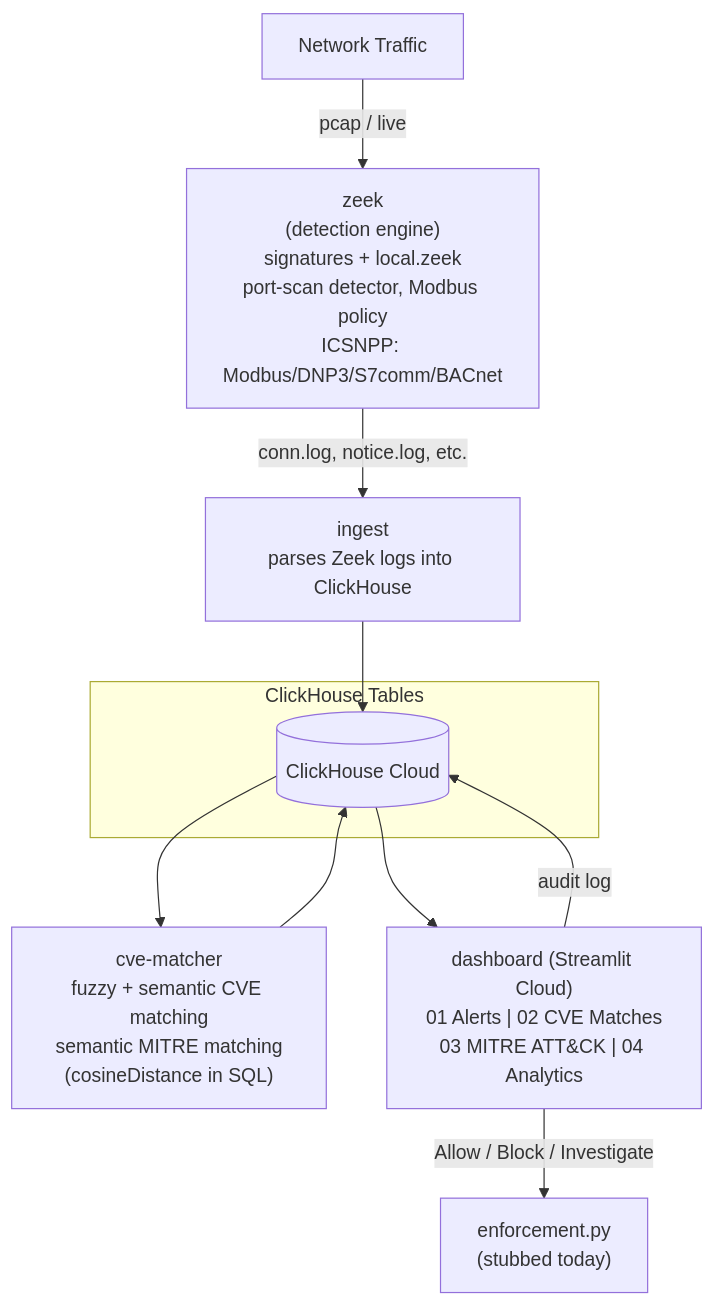
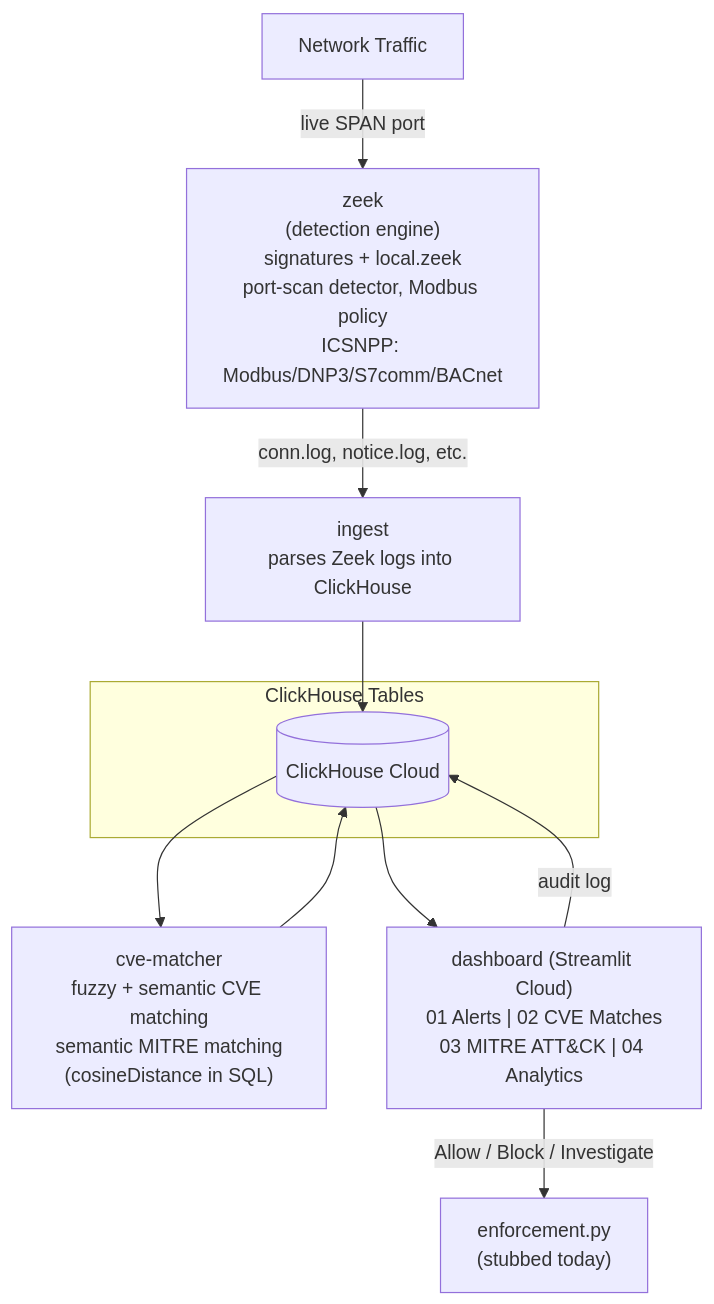
One commit to techmugger/network-ids-zeek-chromadb changed the diagram in README.md. Above: the diagram before and after it, drawn with Mermaid. The commit also changed other lines of this file and 12 other files, not shown here.

Commit message:
Switch Zeek to live capture (SPAN port), rotation-safe ingest

````diff
--- a/README.md
+++ b/README.md
@@ -45,15 +69,15 @@
 ```mermaid
 flowchart TD
-    A[Network Traffic] -->|pcap / live| B["zeek<br/>(detection engine)<br/>signatures + local.zeek<br/>port-scan detector, Modbus policy<br/>ICSNPP: Modbus/DNP3/S7comm/BACnet"]
+    A[Network Traffic] -->|live SPAN port| B["zeek<br/>(detection engine)<br/>signatures + local.zeek<br/>port-scan detector, Modbus policy<br/>ICSNPP: Modbus/DNP3/S7comm/BACnet"]
     B -->|conn.log, notice.log, etc.| C["ingest<br/>parses Zeek logs into ClickHouse"]
     C --> D[(ClickHouse Cloud)]
     D --> E["cve-matcher<br/>fuzzy + semantic CVE matching<br/>semantic MITRE matching<br/>(cosineDistance in SQL)"]
     E --> D
     D --> F["dashboard (Streamlit Cloud)<br/>01 Alerts | 02 CVE Matches<br/>03 MITRE ATT&CK | 04 Analytics"]
     F -->|Allow / Block / Investigate| G["enforcement.py<br/>(stubbed today)"]
     F -->|audit log| D
 
     subgraph ClickHouse Tables
         D
     end
 ```
````
